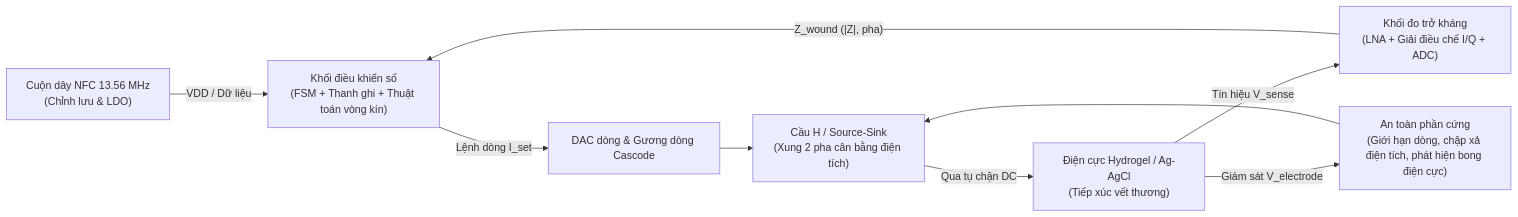
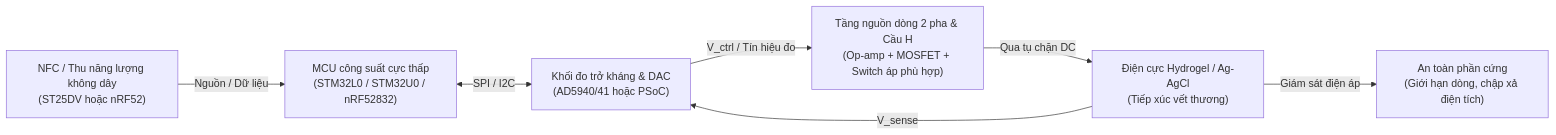
The diagram in README.md (uthonus/smart-wound-badange-ic), drawn with Mermaid before and after one commit. The commit also changed other lines of this file and 1 other file, not shown here.

Commit message:
docs: shift architecture to COTS chip integration and update roadmap

````diff
--- a/README.md
+++ b/README.md
@@ -29,11 +27,9 @@
 ```mermaid
 flowchart LR
-    NFC["Cuộn dây NFC 13.56 MHz\n(Chỉnh lưu & LDO)"] -->|"VDD / Dữ liệu"| DIG["Khối điều khiển số\n(FSM + Thanh ghi + Thuật toán vòng kín)"]
-    DIG -->|"Lệnh dòng I_set"| DAC["DAC dòng & Gương dòng Cascode"]
-    DAC --> HB["Cầu H / Source-Sink\n(Xung 2 pha cân bằng điện tích)"]
-    HB -->|"Qua tụ chặn DC"| ELEC["Điện cực Hydrogel / Ag-AgCl\n(Tiếp xúc vết thương)"]
-    ELEC -->|"Tín hiệu V_sense"| EIS["Khối đo trở kháng\n(LNA + Giải điều chế I/Q + ADC)"]
-    EIS -->|"Z_wound (|Z|, pha)"| DIG
-    ELEC -->|"Giám sát V_electrode"| SAFE["An toàn phần cứng\n(Giới hạn dòng, chập xả điện tích, phát hiện bong điện cực)"]
-    SAFE --> HB
+    NFC["NFC / Thu năng lượng không dây\n(ST25DV hoặc nRF52)"] -->|"Nguồn / Dữ liệu"| MCU["MCU công suất cực thấp\n(STM32L0 / STM32U0 / nRF52832)"]
+    MCU <-->|"SPI / I2C"| AFE["Khối đo trở kháng & DAC\n(AD5940/41 hoặc PSoC)"]
+    AFE -->|"V_ctrl / Tín hiệu đo"| STIM["Tầng nguồn dòng 2 pha & Cầu H\n(Op-amp + MOSFET + Switch áp phù hợp)"]
+    STIM -->|"Qua tụ chặn DC"| ELEC["Điện cực Hydrogel / Ag-AgCl\n(Tiếp xúc vết thương)"]
+    ELEC -->|"V_sense"| AFE
+    ELEC -->|"Giám sát điện áp"| SAFE["An toàn phần cứng\n(Giới hạn dòng, chập xả điện tích)"]
 ```
````
